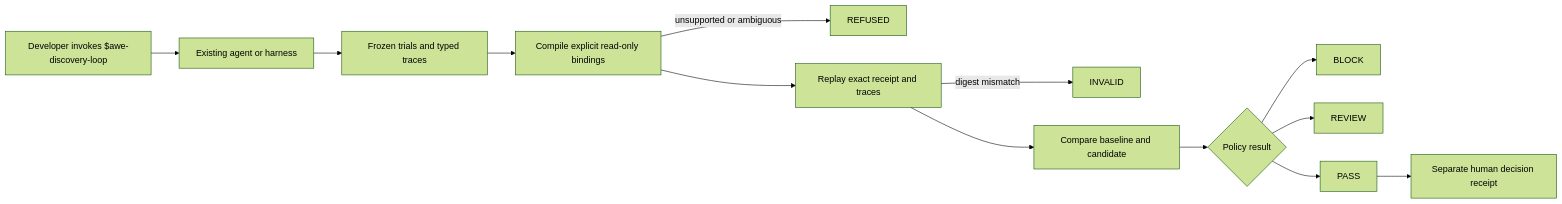
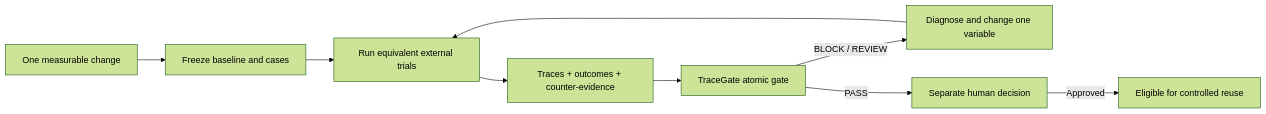
Before and after one commit to kingggg5/awe-tracegate: the first of 2 diagrams in README.md, drawn with Mermaid (forest theme). The commit also changed other lines of this file and 82 other files, not shown here.

First line of the commit message:
feat: ship TraceGate v0.3 cross-host plugin and atomic gate (#11)

````diff
--- a/README.md
+++ b/README.md
@@ -131,15 +164,11 @@
 ```mermaid
 flowchart LR
-    User["Developer invokes $awe-discovery-loop"] --> Agent["Existing agent or harness"]
-    Agent --> Trials["Frozen trials and typed traces"]
-    Trials --> Compile["Compile explicit read-only bindings"]
-    Compile -->|"unsupported or ambiguous"| Refused["REFUSED"]
-    Compile --> Replay["Replay exact receipt and traces"]
-    Replay -->|"digest mismatch"| Invalid["INVALID"]
-    Replay --> Evaluate["Compare baseline and candidate"]
-    Evaluate --> Decision{"Policy result"}
-    Decision --> Block["BLOCK"]
-    Decision --> Review["REVIEW"]
-    Decision --> Pass["PASS"]
-    Pass --> Human["Separate human decision receipt"]
+    Goal["One measurable change"] --> Baseline["Freeze baseline and cases"]
+    Baseline --> Trials["Run equivalent external trials"]
+    Trials --> Evidence["Traces + outcomes + counter-evidence"]
+    Evidence --> Gate["TraceGate atomic gate"]
+    Gate -->|"BLOCK / REVIEW"| Learn["Diagnose and change one variable"]
+    Learn --> Trials
+    Gate -->|"PASS"| Human["Separate human decision"]
+    Human -->|"Approved"| Reuse["Eligible for controlled reuse"]
 ```
````
